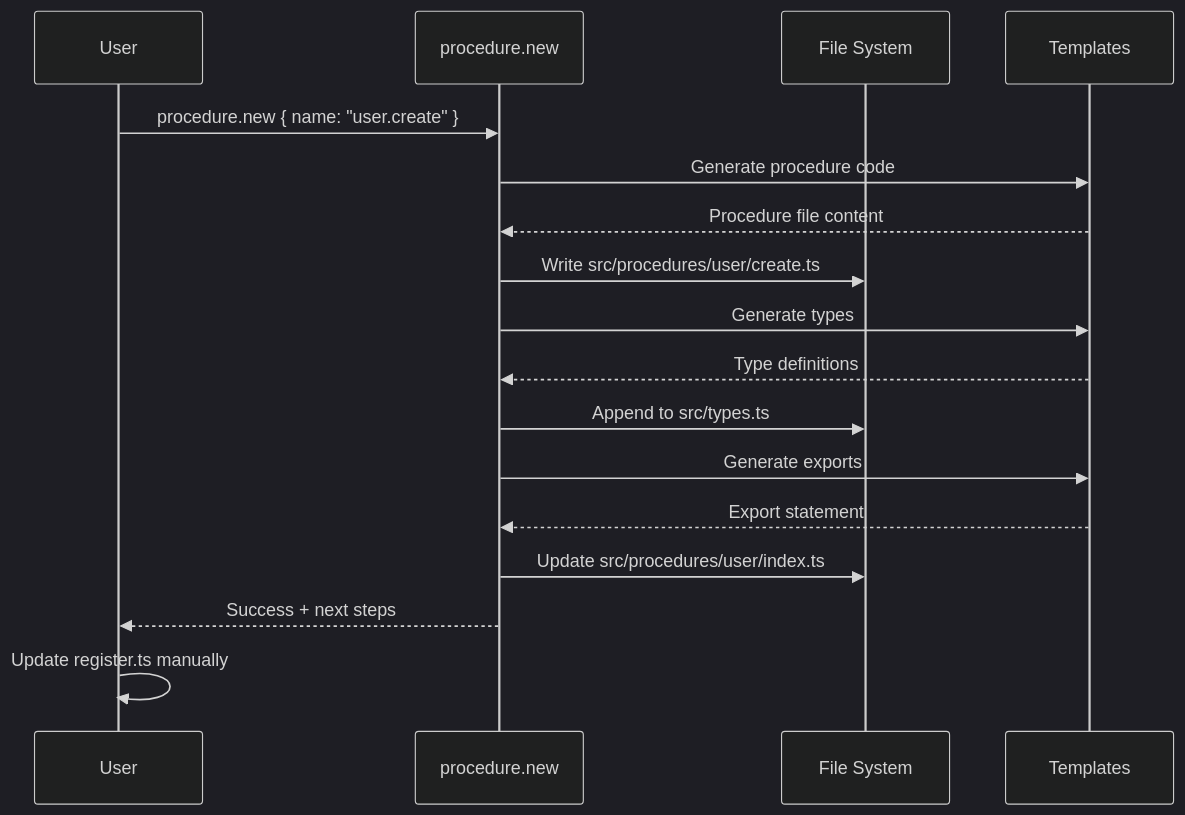
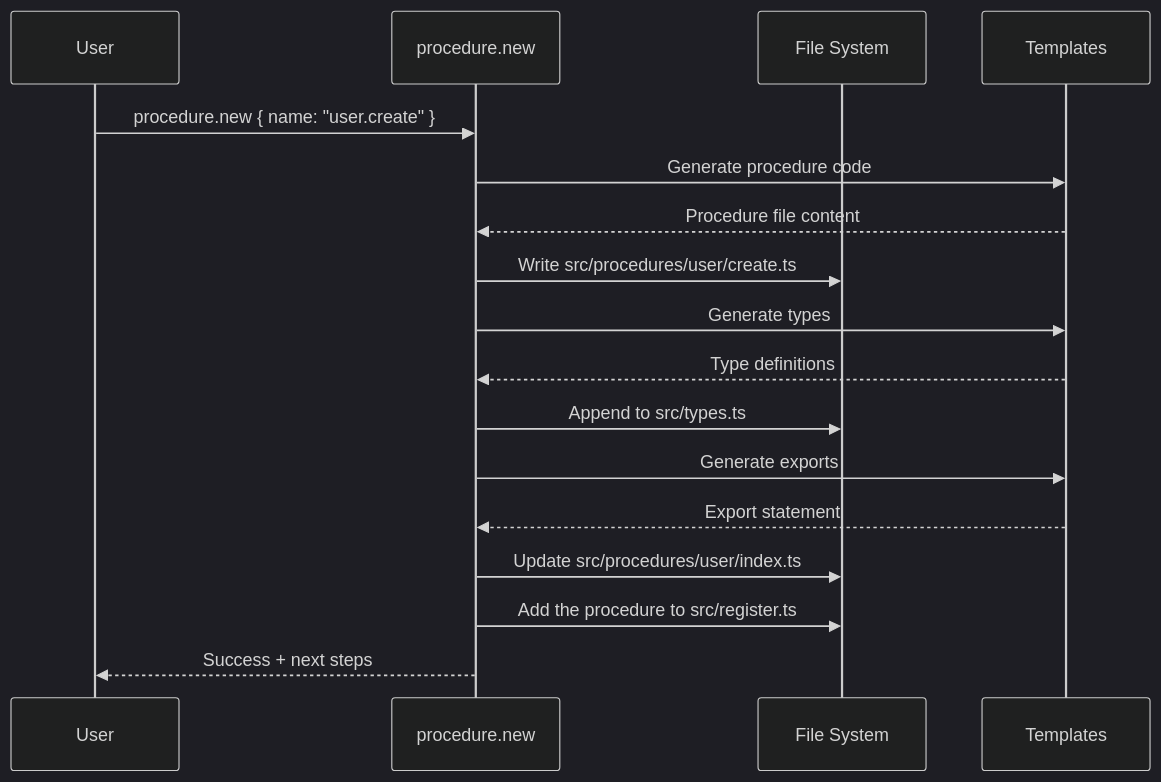
One commit to mark1russell7/client changed the second of 2 diagrams in packages/client-procedure/README.md. Above: the diagram before and after it, drawn with Mermaid (dark theme). The commit also changed other lines of this file and 4 other files, not shown here.

````diff
--- a/packages/client-procedure/README.md
+++ b/packages/client-procedure/README.md
@@ -82,20 +82,20 @@
 ```mermaid
 sequenceDiagram
     participant User
     participant ProcNew as procedure.new
     participant FS as File System
     participant Templates
 
     User->>ProcNew: procedure.new { name: "user.create" }
     ProcNew->>Templates: Generate procedure code
     Templates-->>ProcNew: Procedure file content
     ProcNew->>FS: Write src/procedures/user/create.ts
     ProcNew->>Templates: Generate types
     Templates-->>ProcNew: Type definitions
     ProcNew->>FS: Append to src/types.ts
     ProcNew->>Templates: Generate exports
     Templates-->>ProcNew: Export statement
     ProcNew->>FS: Update src/procedures/user/index.ts
+    ProcNew->>FS: Add the procedure to src/register.ts
     ProcNew-->>User: Success + next steps
-    User->>User: Update register.ts manually
 ```
````
